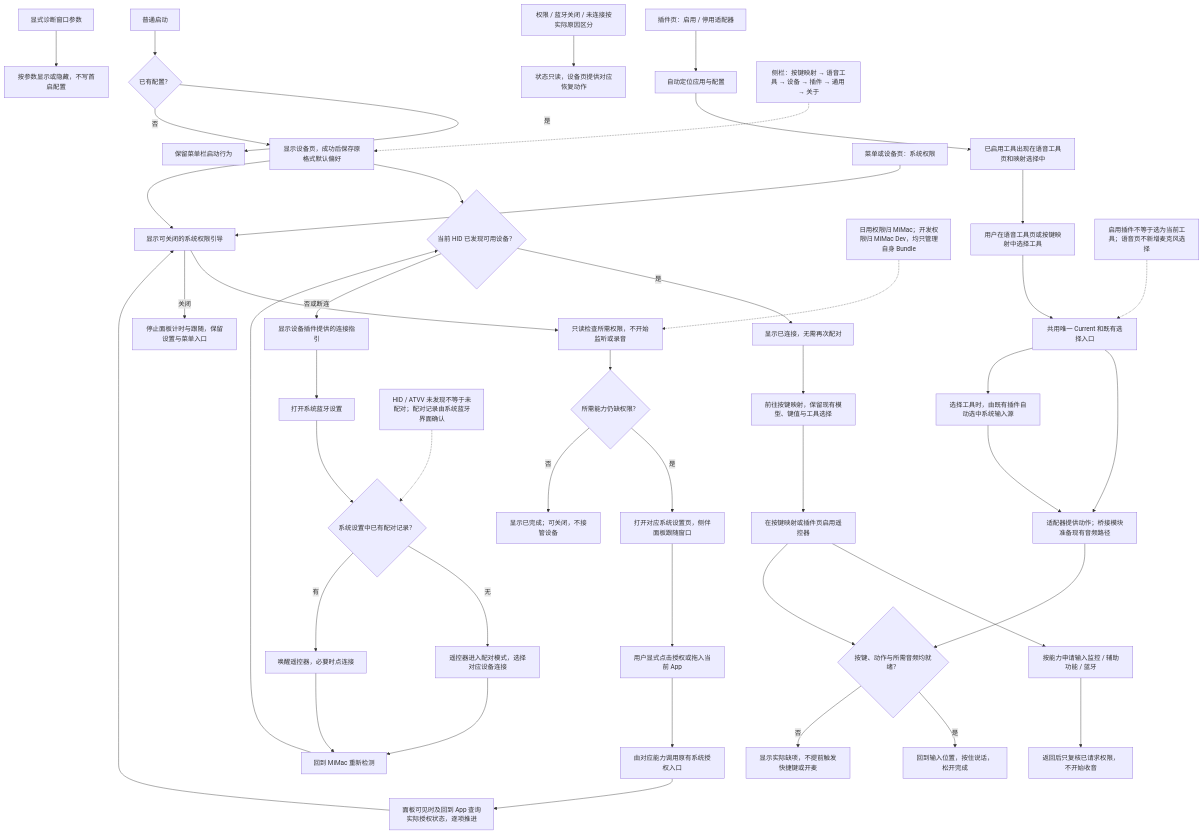
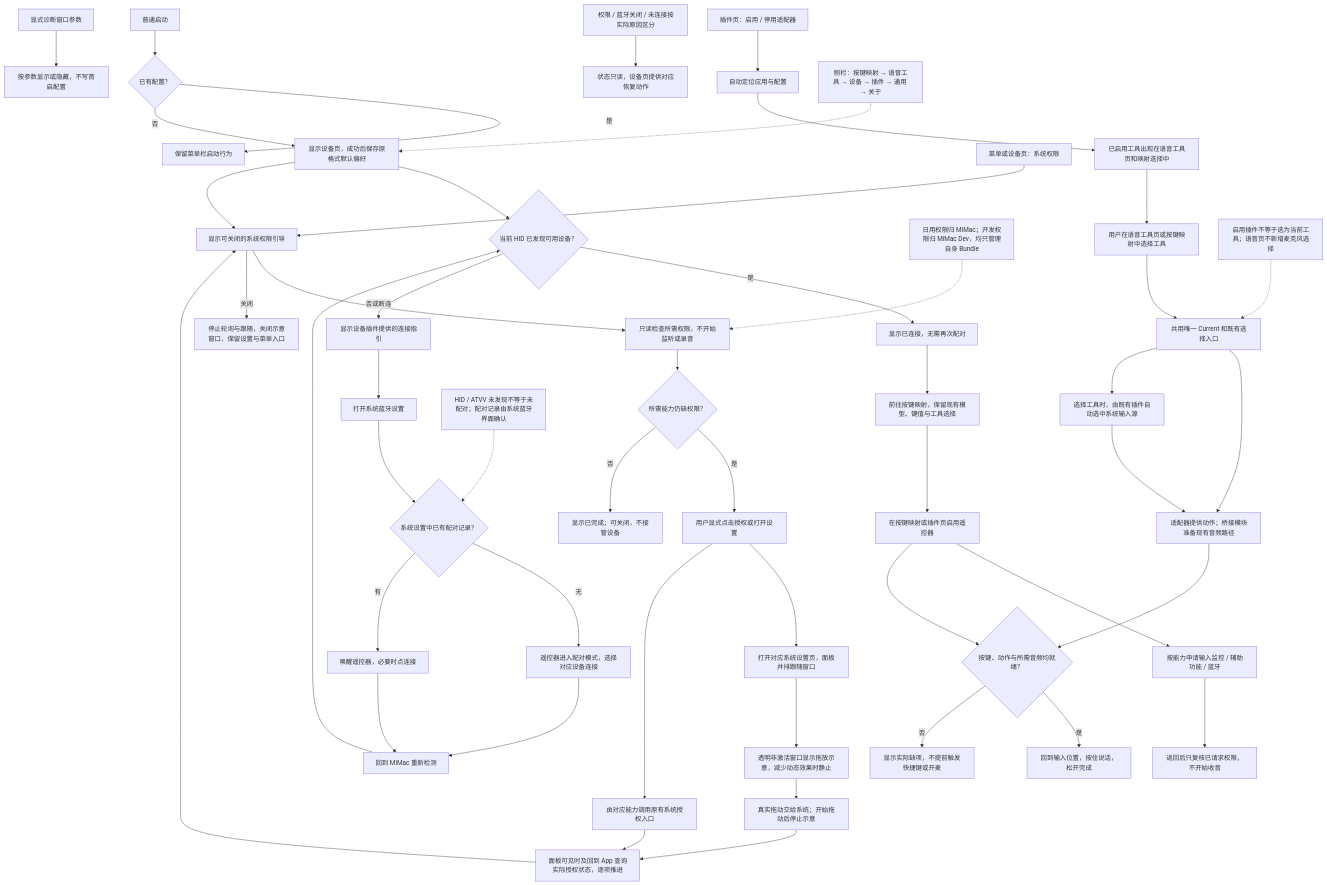
The diagram in tools/workbench/diagrams/first-use-setup.mmd (daftAI2026/MiMac), drawn with Mermaid before and after one commit. The commit also changed 6 other files, not shown here.

Commit message:
Align permission guide layout and native icon dragging

```diff
--- a/tools/workbench/diagrams/first-use-setup.mmd
+++ b/tools/workbench/diagrams/first-use-setup.mmd
@@ -1,47 +1,50 @@
 flowchart TD
     launch["普通启动"] --> known{"已有配置？"}
     known -->|是| tray["保留菜单栏启动行为"]
     known -->|否| device["显示设备页，成功后保存原格式默认偏好"]
     explicit["显式诊断窗口参数"] --> override["按参数显示或隐藏，不写首启配置"]
     device --> detected{"当前 HID 已发现可用设备？"}
     device --> permissionGuide["显示可关闭的系统权限引导"]
     reopen["菜单或设备页：系统权限"] --> permissionGuide
     permissionGuide --> inspect["只读检查所需权限，不开始监听或录音"]
     inspect --> missing{"所需能力仍缺权限？"}
-    missing -->|是| settings["打开对应系统设置页，侧伴面板跟随窗口"]
-    settings --> grantAction["用户显式点击授权或拖入当前 App"]
+    missing -->|是| grantAction["用户显式点击授权或打开设置"]
+    grantAction --> settings["打开对应系统设置页，面板并排跟随窗口"]
+    settings --> illustration["透明非激活窗口显示拖放示意，减少动态效果时静止"]
+    illustration --> drag["真实拖动交给系统；开始拖动后停止示意"]
+    drag --> guideRefresh
     missing -->|否| complete["显示已完成；可关闭，不接管设备"]
     grantAction --> nativeGrant["由对应能力调用原有系统授权入口"]
     nativeGrant --> guideRefresh["面板可见时及回到 App 查询实际授权状态，逐项推进"]
     guideRefresh --> permissionGuide
     identity["日用权限归 MiMac；开发权限归 MiMac Dev，均只管理自身 Bundle"] -.-> inspect
-    permissionGuide -->|关闭| keepSettings["停止面板计时与跟随，保留设置与菜单入口"]
+    permissionGuide -->|关闭| keepSettings["停止轮询与跟随，关闭示意窗口，保留设置与菜单入口"]
     detected -->|是| connected["显示已连接，无需再次配对"]
     connected --> mappings["前往按键映射，保留现有模型、键值与工具选择"]
     mappings --> enable
     detected -->|否或断连| help["显示设备插件提供的连接指引"]
     help --> pair["打开系统蓝牙设置"]
     pair --> saved{"系统设置中已有配对记录？"}
     saved -->|无| pairing["遥控器进入配对模式，选择对应设备连接"]
     saved -->|有| reconnect["唤醒遥控器，必要时点连接"]
     pairing --> recheck["回到 MiMac 重新检测"]
     reconnect --> recheck
     recheck --> detected
     evidence["HID / ATVV 未发现不等于未配对；配对记录由系统蓝牙界面确认"] -.-> saved
     enable["在按键映射或插件页启用遥控器"]
     enable --> grants["按能力申请输入监控 / 辅助功能 / 蓝牙"]
     grants --> returnApp["返回后只复核已请求权限，不开始收音"]
     plugins["插件页：启用 / 停用适配器"] --> discovery["自动定位应用与配置"]
     discovery --> available["已启用工具出现在语音工具页和映射选择中"]
     available --> choose["用户在语音工具页或按键映射中选择工具"]
     choose --> current["共用唯一 Current 和既有选择入口"]
     current --> resolve["适配器提供动作；桥接模块准备现有音频路径"]
     current --> selectSource["选择工具时，由既有插件自动选中系统输入源"]
     selectSource --> resolve
     resolve --> ready{"按键、动作与所需音频均就绪？"}
     enable --> ready
     ready -->|是| action["回到输入位置，按住说话，松开完成"]
     ready -->|否| status["显示实际缺项，不提前触发快捷键或开麦"]
     separate["启用插件不等于选为当前工具；语音页不新增麦克风选择"] -.-> current
     failures["权限 / 蓝牙关闭 / 未连接按实际原因区分"] --> next["状态只读，设备页提供对应恢复动作"]
     navigation["侧栏：按键映射 → 语音工具 → 设备 → 插件 → 通用 → 关于"] -.-> device
```
